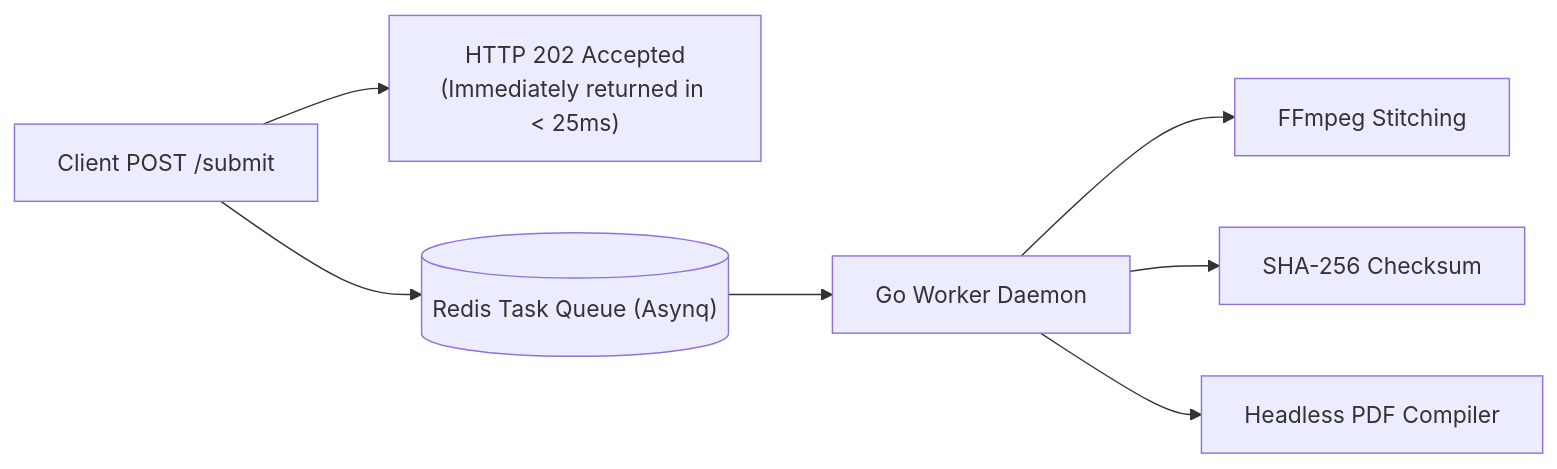
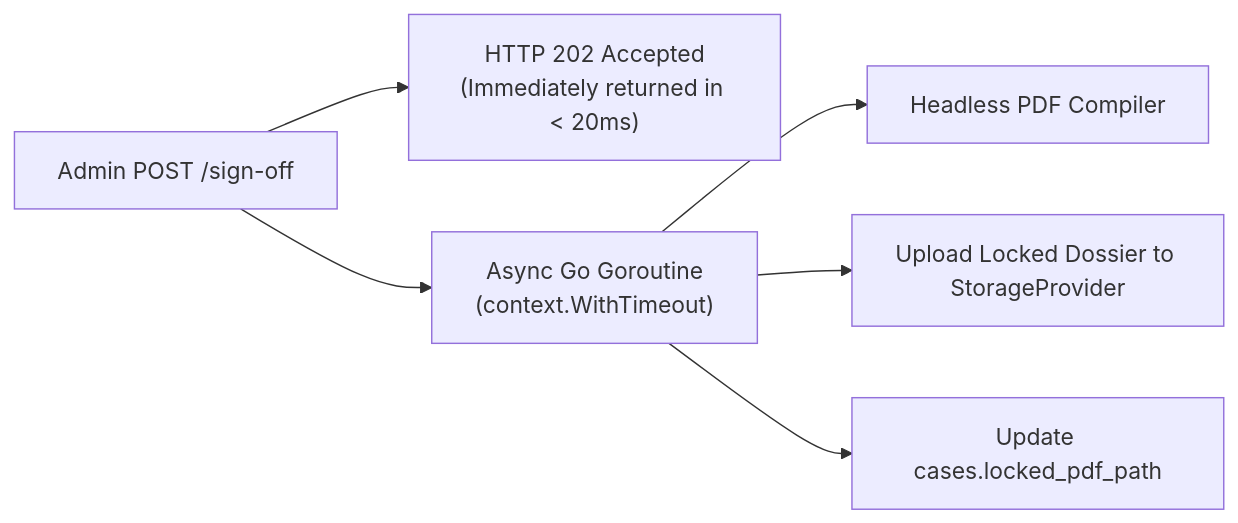
Before and after one commit to RajThak-998/claimverificationdossierintelligencesystem: the second of 2 diagrams in obs/11_The_6_Architectural_Pillars_and_Trap_Mitigations.md, drawn with Mermaid. The commit also changed other lines of this file and 10 other files, not shown here.

````diff
--- a/obs/11_The_6_Architectural_Pillars_and_Trap_Mitigations.md
+++ b/obs/11_The_6_Architectural_Pillars_and_Trap_Mitigations.md
@@ -121,9 +125,8 @@
 ```mermaid
 flowchart LR
-    HTTP["Client POST /submit"] --> RESP["HTTP 202 Accepted<br/>(Immediately returned in < 25ms)"]
-    HTTP --> QUEUE[("Redis Task Queue (Asynq)")]
-    QUEUE --> WORKER["Go Worker Daemon"]
-    WORKER --> FFMPEG["FFmpeg Stitching"]
-    WORKER --> HASH["SHA-256 Checksum"]
-    WORKER --> PDF["Headless PDF Compiler"]
+    HTTP["Admin POST /sign-off"] --> RESP["HTTP 202 Accepted<br/>(Immediately returned in < 20ms)"]
+    HTTP --> GOROUTINE["Async Go Goroutine<br/>(context.WithTimeout)"]
+    GOROUTINE --> PDF["Headless PDF Compiler"]
+    GOROUTINE --> S3["Upload Locked Dossier to StorageProvider"]
+    GOROUTINE --> DB["Update cases.locked_pdf_path"]
 ```
````
